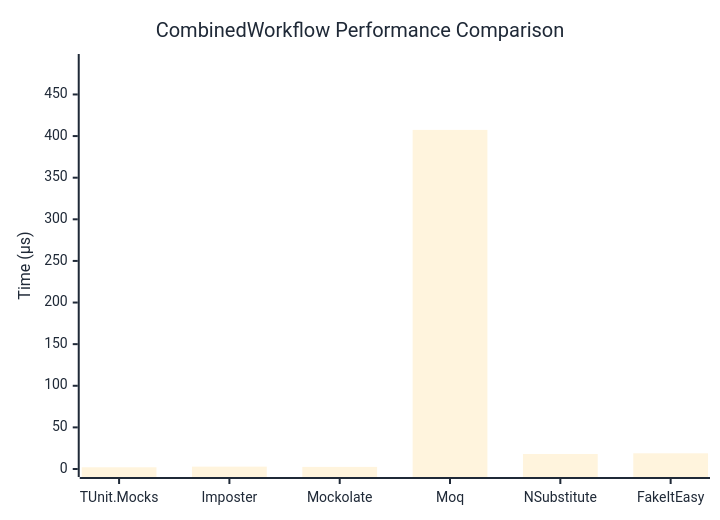
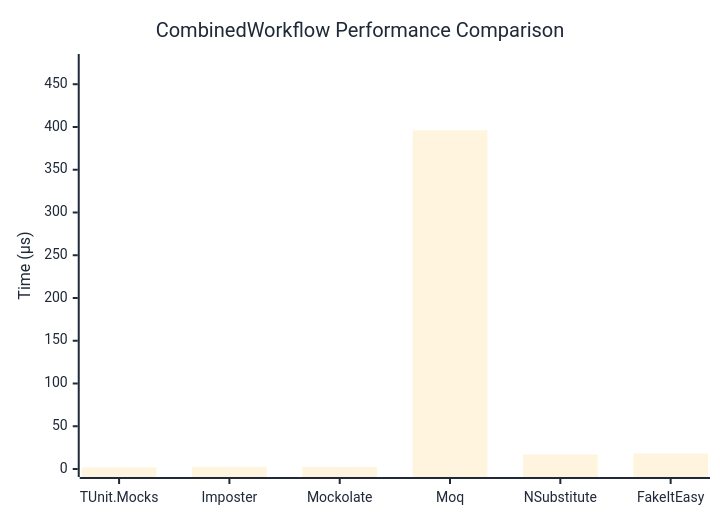
Before and after one commit to thomhurst/TUnit: the diagram in docs/docs/benchmarks/mocks/CombinedWorkflow.md, drawn with Mermaid. The commit also changed other lines of this file and 14 other files, not shown here.

````diff
--- a/docs/docs/benchmarks/mocks/CombinedWorkflow.md
+++ b/docs/docs/benchmarks/mocks/CombinedWorkflow.md
@@ -28,27 +28,27 @@
 ```mermaid
 %%{init: {
   'theme':'base',
   'themeVariables': {
     'primaryColor': '#2563eb',
     'primaryTextColor': '#1f2937',
     'primaryBorderColor': '#1e40af',
     'lineColor': '#6b7280',
     'secondaryColor': '#7c3aed',
     'tertiaryColor': '#dc2626',
     'background': '#ffffff',
     'pie1': '#2563eb',
     'pie2': '#7c3aed',
     'pie3': '#dc2626',
     'pie4': '#f59e0b',
     'pie5': '#10b981',
     'pie6': '#06b6d4',
     'pie7': '#ec4899',
     'pie8': '#6366f1'
   }
 }}%%
 xychart-beta
   title "CombinedWorkflow Performance Comparison"
   x-axis ["TUnit.Mocks", "Imposter", "Mockolate", "Moq", "NSubstitute", "FakeItEasy"]
-  y-axis "Time (μs)" 0 --> 489
-  bar [2.056, 2.841, 2.529, 407.415, 17.988, 18.846]
+  y-axis "Time (μs)" 0 --> 476
+  bar [1.895, 2.532, 2.364, 396.031, 16.892, 18.121]
 ```
````
